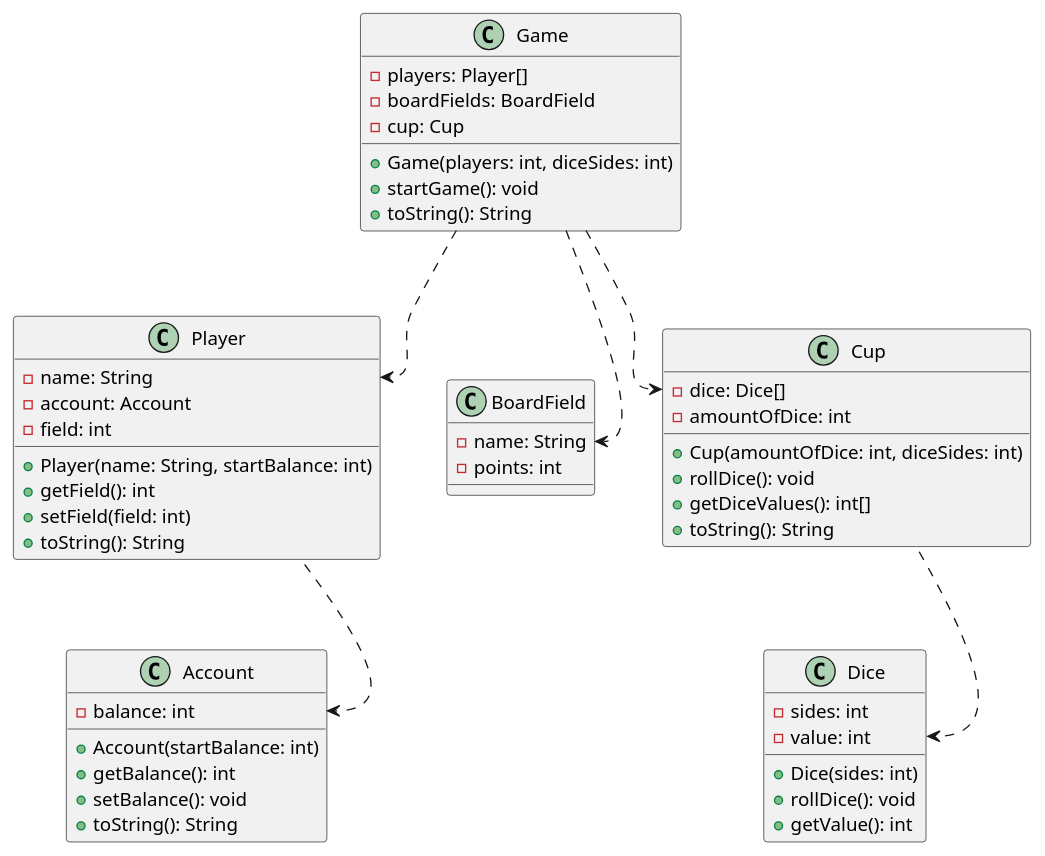
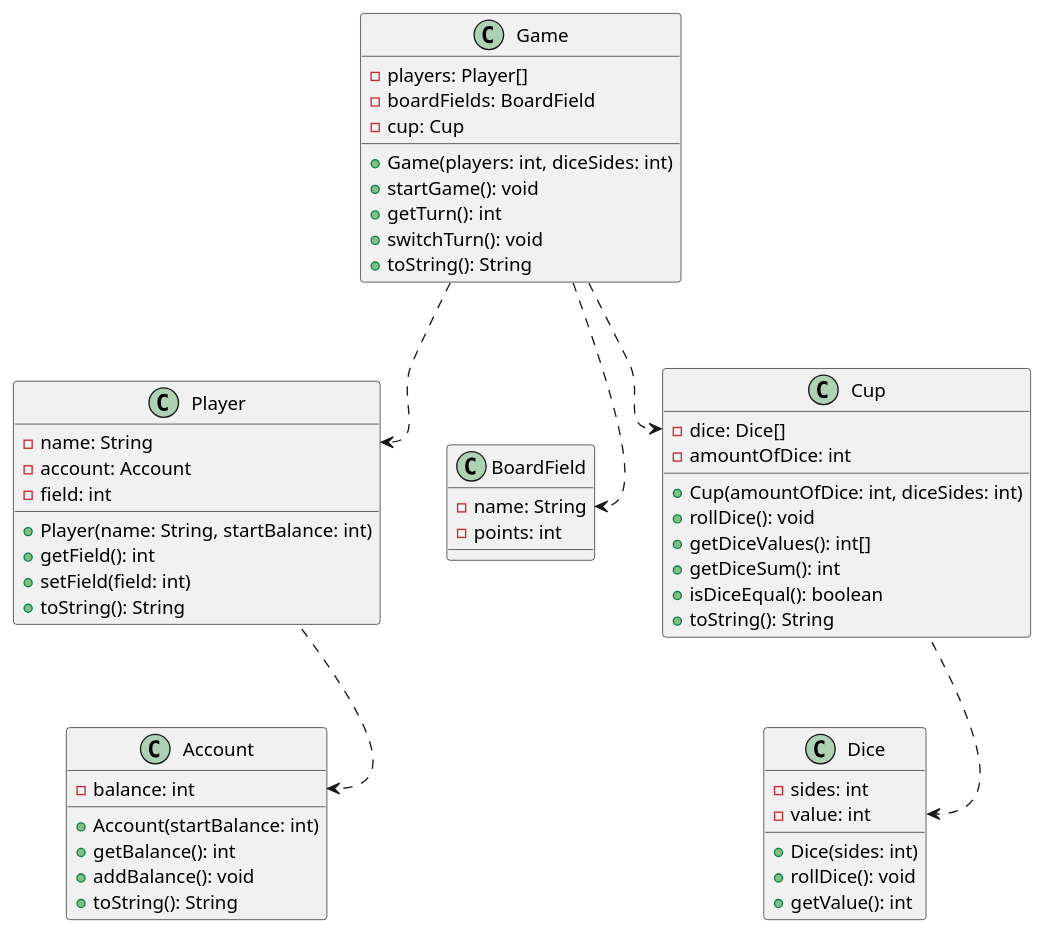
One commit to CDIO-gruppe-13/CDIO-Del-2 changed the diagram in class_diagram.wsd. Above: the diagram before and after it, drawn with PlantUML.

Commit message:
addded functions

```diff
--- a/class_diagram.wsd
+++ b/class_diagram.wsd
@@ -6,58 +6,62 @@
 @startuml class_diagram
 'skinparam classAttributeIconSize 0
 
 class Game {
     -players: Player[]
     -boardFields: BoardField
     -cup: Cup
     +Game(players: int, diceSides: int)
     +startGame(): void
+    +getTurn(): int
+    +switchTurn(): void
     +toString(): String
 }
 
 class Player {
     -name: String
     -account: Account
     -field: int
     +Player(name: String, startBalance: int)
     +getField(): int
     +setField(field: int)
     +toString(): String
 }
 
 class BoardField {
     -name: String
     -points: int
 }
 
 class Cup {
     -dice: Dice[]
     -amountOfDice: int
     +Cup(amountOfDice: int, diceSides: int)
     +rollDice(): void
     +getDiceValues(): int[]
+    +getDiceSum(): int
+    +isDiceEqual(): boolean
     +toString(): String
 }
 
 class Dice {
     -sides: int
     -value: int
     +Dice(sides: int)
     +rollDice(): void
     +getValue(): int
 }
 
 class Account {
     -balance: int
     +Account(startBalance: int)
     +getBalance(): int
-    +setBalance(): void
+    +addBalance(): void
     +toString(): String
 }
 
 Game ..> Player::name
 Game ..> BoardField::name
 Game ..> Cup::dice
 Cup ..> Dice::value
 Player ..> Account::balance
 @enduml
```
